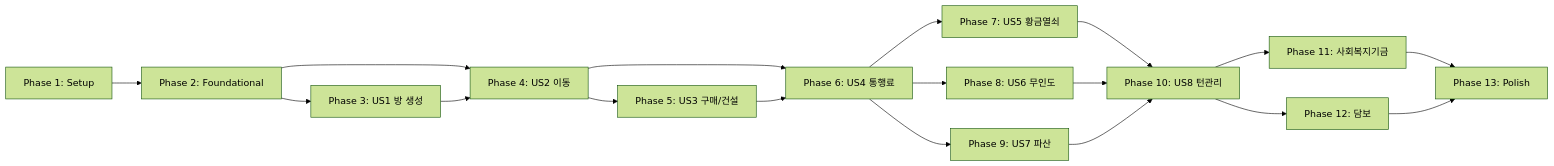
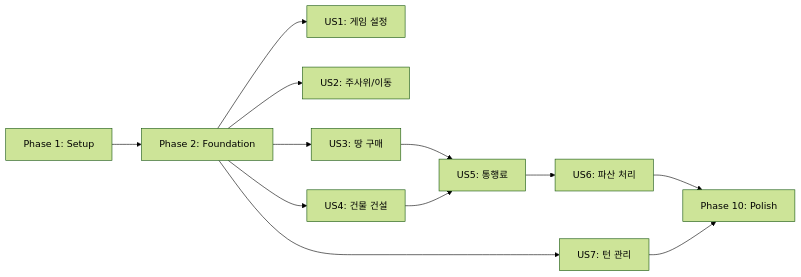
Before and after one commit to sixzerotwo602/blue-marble: the diagram in specs/001-core-game-engine/tasks.md, drawn with Mermaid (forest theme). The commit also changed other lines of this file and 26 other files, not shown here.

````diff
--- a/specs/001-core-game-engine/tasks.md
+++ b/specs/001-core-game-engine/tasks.md
@@ -16,20 +194,14 @@
 ```mermaid
 graph LR
-    P1[Phase 1: Setup] --> P2[Phase 2: Foundational]
-    P2 --> P3[Phase 3: US1 방 생성]
-    P2 --> P4[Phase 4: US2 이동]
-    P3 --> P4
-    P4 --> P5[Phase 5: US3 구매/건설]
-    P4 --> P6[Phase 6: US4 통행료]
-    P5 --> P6
-    P6 --> P7[Phase 7: US5 황금열쇠]
-    P6 --> P8[Phase 8: US6 무인도]
-    P6 --> P9[Phase 9: US7 파산]
-    P7 --> P10[Phase 10: US8 턴관리]
-    P8 --> P10
-    P9 --> P10
-    P10 --> P11[Phase 11: 사회복지기금]
-    P10 --> P12[Phase 12: 담보]
-    P11 --> P13[Phase 13: Polish]
-    P12 --> P13
+    P1[Phase 1: Setup] --> P2[Phase 2: Foundation]
+    P2 --> US1[US1: 게임 설정]
+    P2 --> US2[US2: 주사위/이동]
+    P2 --> US3[US3: 땅 구매]
+    P2 --> US4[US4: 건물 건설]
+    US3 --> US5[US5: 통행료]
+    US4 --> US5
+    US5 --> US6[US6: 파산 처리]
+    P2 --> US7[US7: 턴 관리]
+    US6 --> P10[Phase 10: Polish]
+    US7 --> P10
 ```
````
